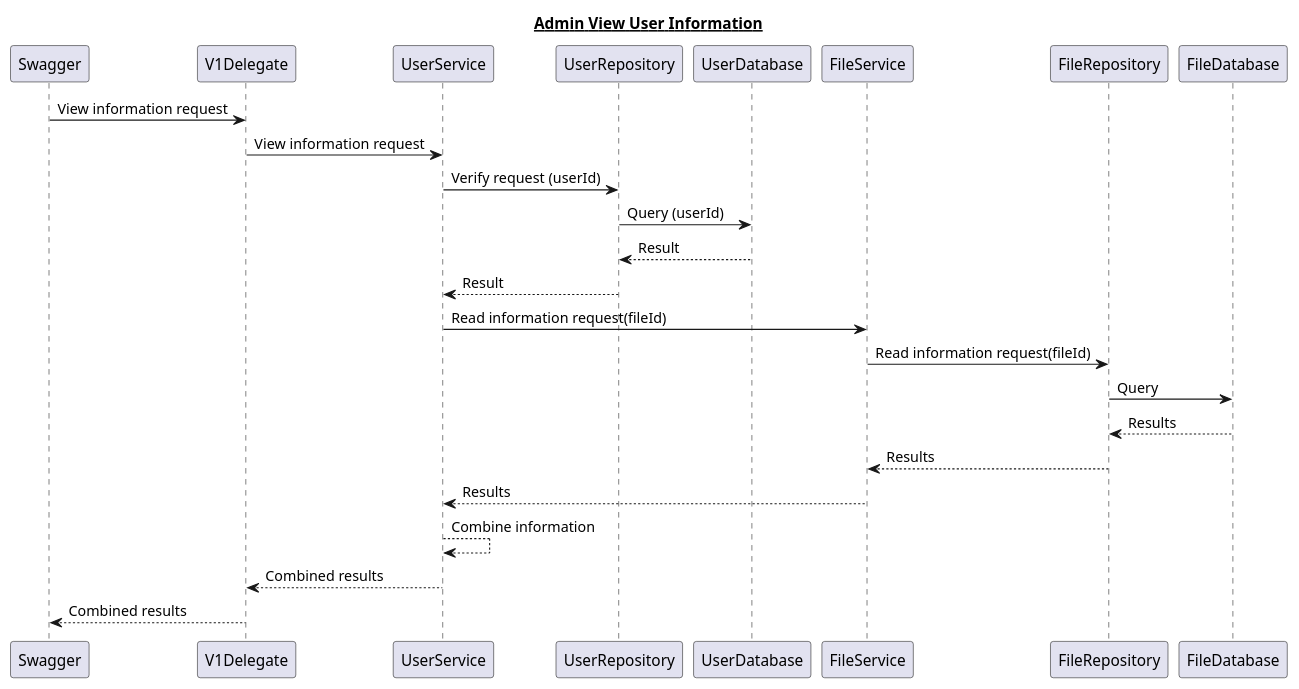
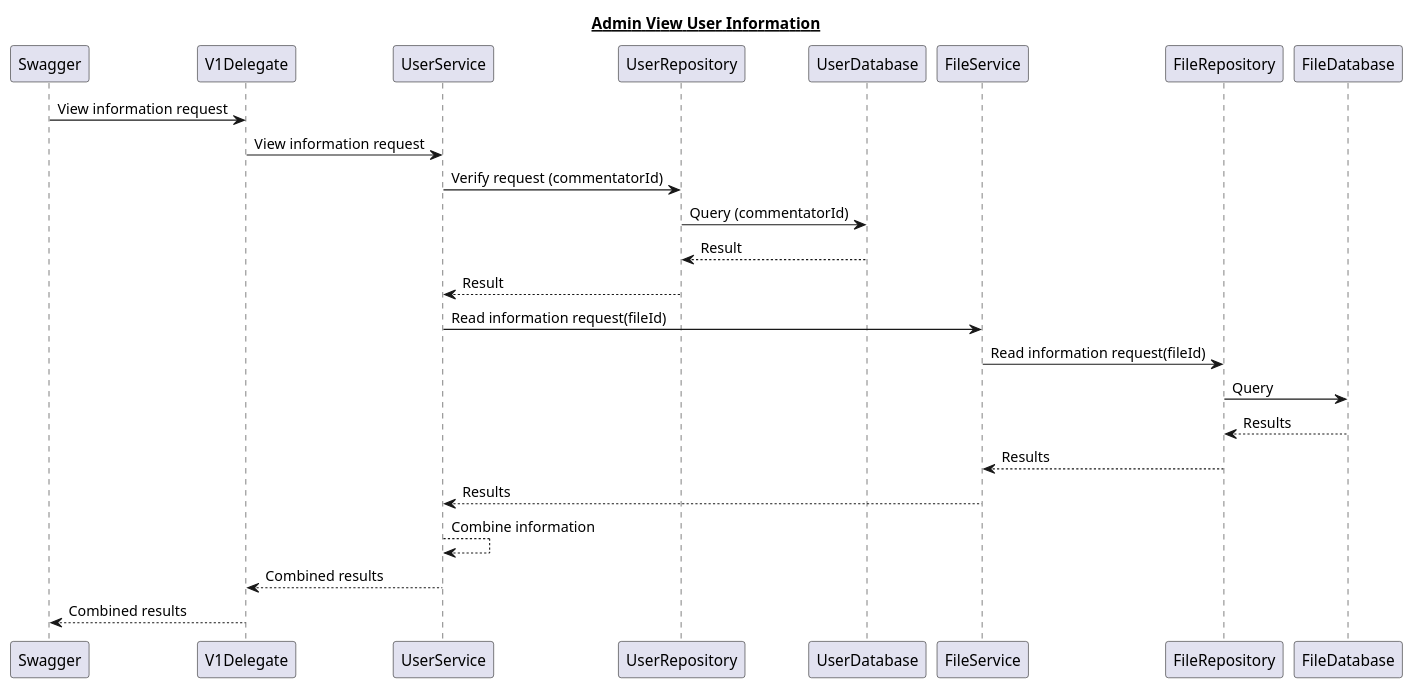
Before and after one commit to nhoxsang2411994/MFS-continual: the diagram in src/main/resources/admin-view-user-information.puml, drawn with PlantUML. The commit also changed 26 other files, not shown here.

```diff
--- a/src/main/resources/admin-view-user-information.puml
+++ b/src/main/resources/admin-view-user-information.puml
@@ -1,22 +1,22 @@
 @startuml
 title
  <u>Admin View User Information</u>
 end title
 
 Swagger -> V1Delegate: View information request
 V1Delegate -> UserService: View information request
-UserService -> UserRepository: Verify request (userId)
-UserRepository -> UserDatabase: Query (userId)
+UserService -> UserRepository: Verify request (commentatorId)
+UserRepository -> UserDatabase: Query (commentatorId)
 UserDatabase --> UserRepository: Result
 UserRepository --> UserService: Result
 
 UserService -> FileService: Read information request(fileId)
 FileService -> FileRepository: Read information request(fileId)
 FileRepository -> FileDatabase: Query
 FileDatabase --> FileRepository: Results
 FileRepository --> FileService: Results
 FileService --> UserService: Results
 UserService --> UserService: Combine information
 UserService --> V1Delegate: Combined results
 V1Delegate --> Swagger: Combined results
 @enduml
```
